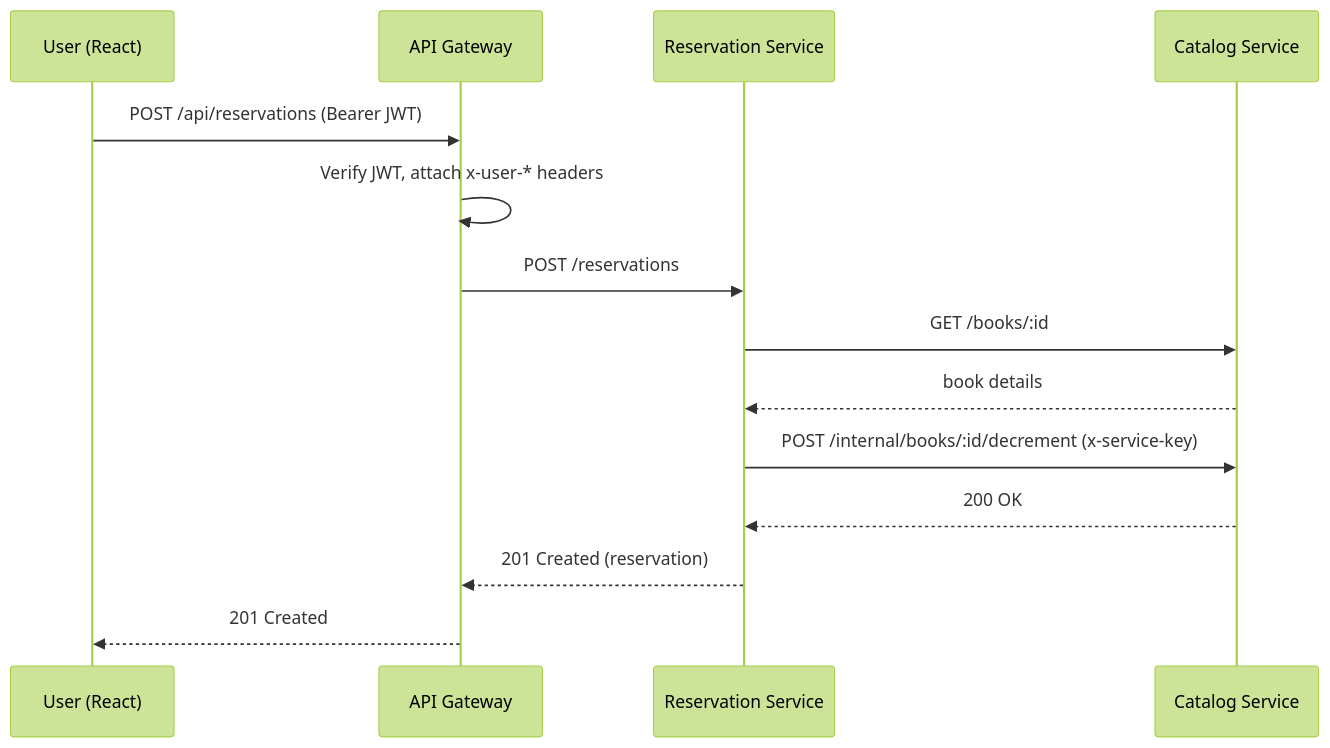
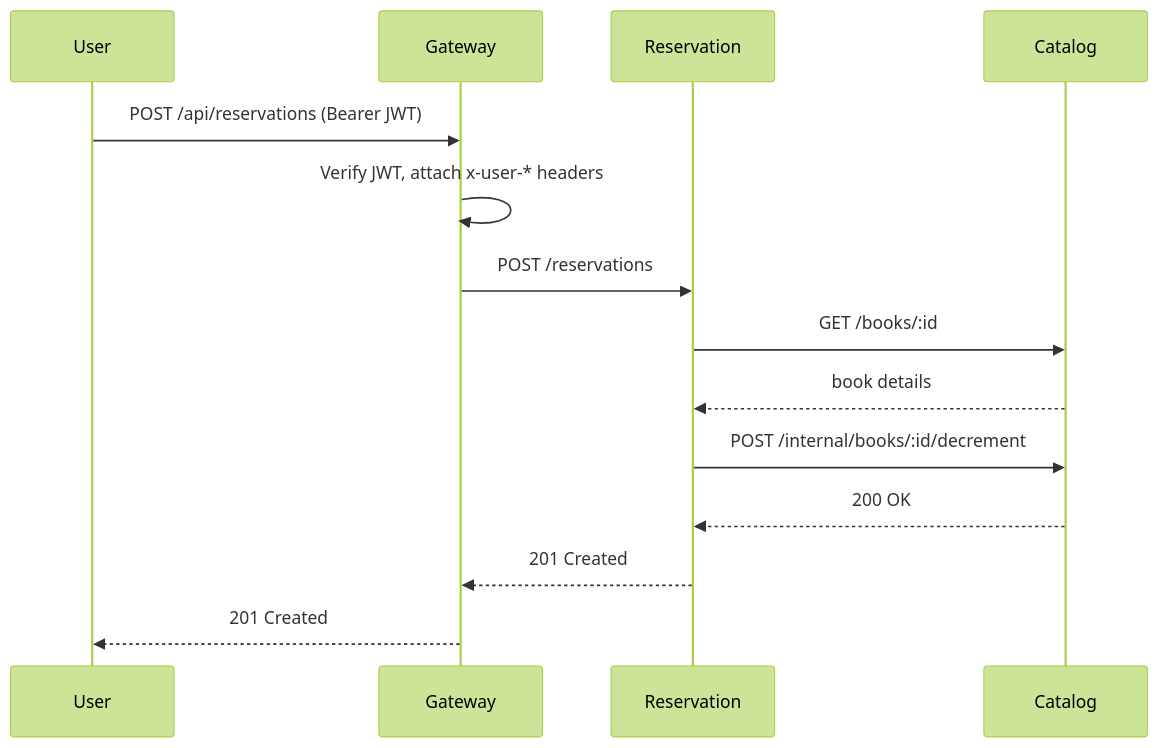
One commit to MunnaBujjiBabu/FSD_Assignment changed the second of 2 diagrams in e-library-reservation-system/docs/architecture-diagram.md. Above: the diagram before and after it, drawn with Mermaid (forest theme). The commit also changed other lines of this file, not shown here.

Commit message:
fix(docs): make Mermaid diagrams render (quote labels, use <br/>)

````diff
--- a/e-library-reservation-system/docs/architecture-diagram.md
+++ b/e-library-reservation-system/docs/architecture-diagram.md
@@ -38,17 +38,17 @@
 ```mermaid
 sequenceDiagram
-  participant U as User (React)
-  participant G as API Gateway
-  participant R as Reservation Service
-  participant C as Catalog Service
+  participant U as User
+  participant G as Gateway
+  participant R as Reservation
+  participant C as Catalog
 
   U->>G: POST /api/reservations (Bearer JWT)
   G->>G: Verify JWT, attach x-user-* headers
   G->>R: POST /reservations
   R->>C: GET /books/:id
   C-->>R: book details
-  R->>C: POST /internal/books/:id/decrement (x-service-key)
+  R->>C: POST /internal/books/:id/decrement
   C-->>R: 200 OK
-  R-->>G: 201 Created (reservation)
+  R-->>G: 201 Created
   G-->>U: 201 Created
 ```
````
